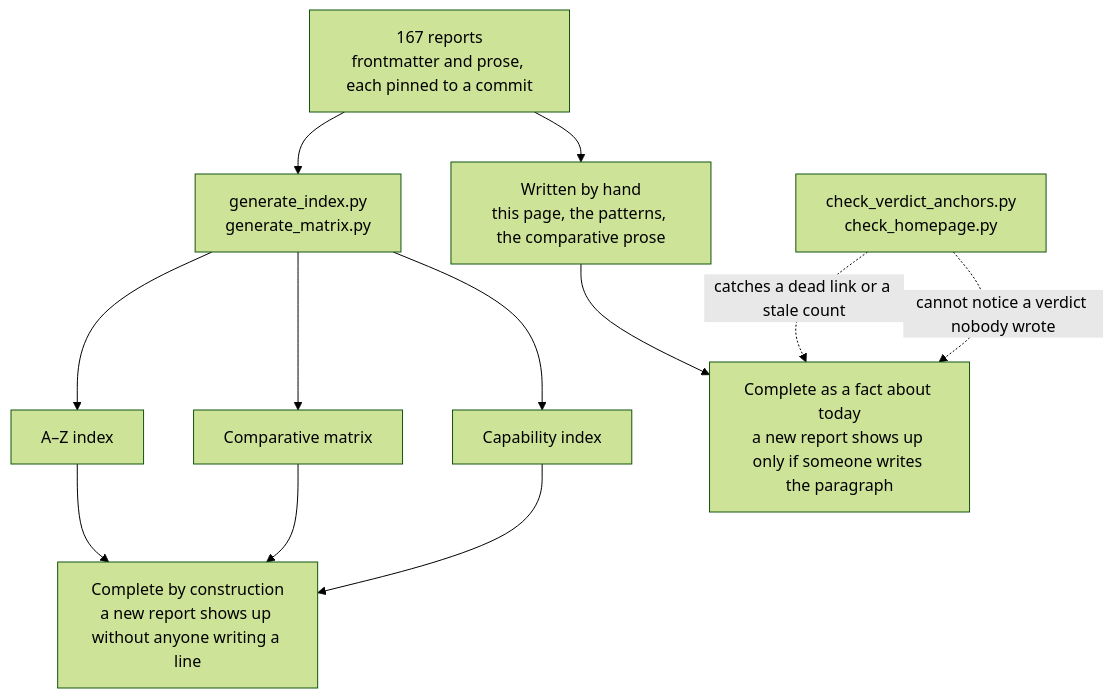
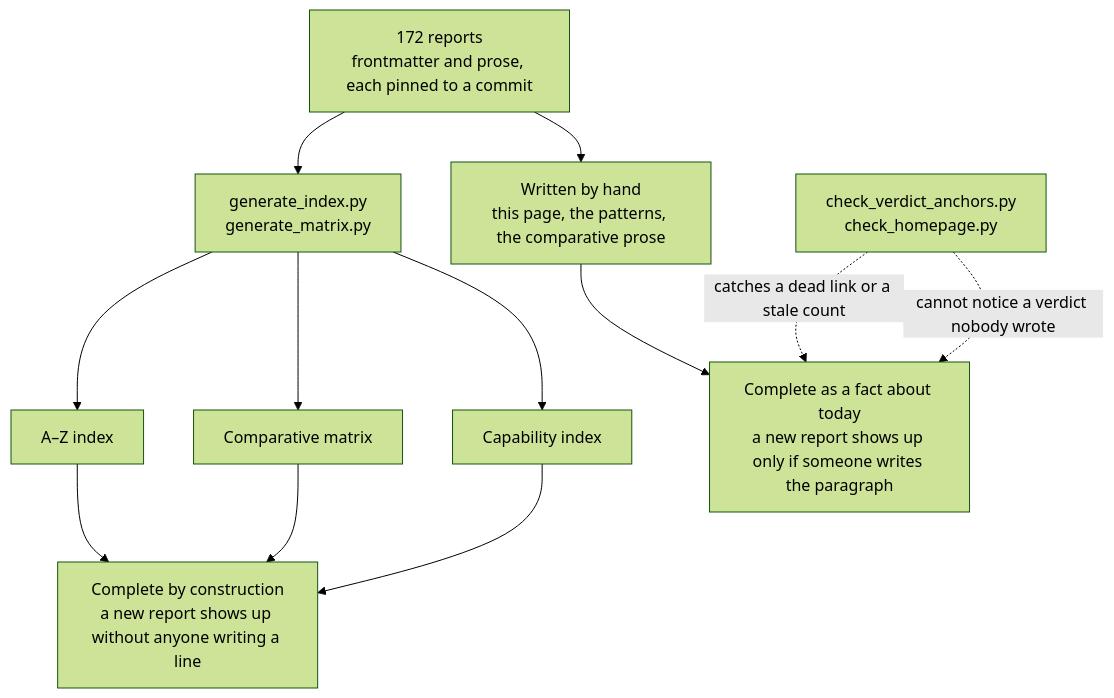
The diagram in content/verdicts.md (neoneye/agent-memory-atlas), drawn with Mermaid (forest theme) before and after one commit. The commit also changed other lines of this file and 206 other files, not shown here.

````diff
--- a/content/verdicts.md
+++ b/content/verdicts.md
@@ -40,15 +40,15 @@
 ```mermaid
 flowchart TD
-    R["167 reports<br/>frontmatter and prose, each pinned to a commit"]
+    R["172 reports<br/>frontmatter and prose, each pinned to a commit"]
     R --> GEN["generate_index.py<br/>generate_matrix.py"]
     R --> HAND["Written by hand<br/>this page, the patterns, the comparative prose"]
     GEN --> AZ["A–Z index"]
     GEN --> MX["Comparative matrix"]
     GEN --> CI["Capability index"]
     AZ --> CONST["Complete by construction<br/>a new report shows up without anyone writing a line"]
     MX --> CONST
     CI --> CONST
     HAND --> TODAY["Complete as a fact about today<br/>a new report shows up only if someone writes the paragraph"]
     CHK["check_verdict_anchors.py<br/>check_homepage.py"] -.->|"catches a dead link or a stale count"| TODAY
     CHK -.->|"cannot notice a verdict nobody wrote"| TODAY
 ```
````
